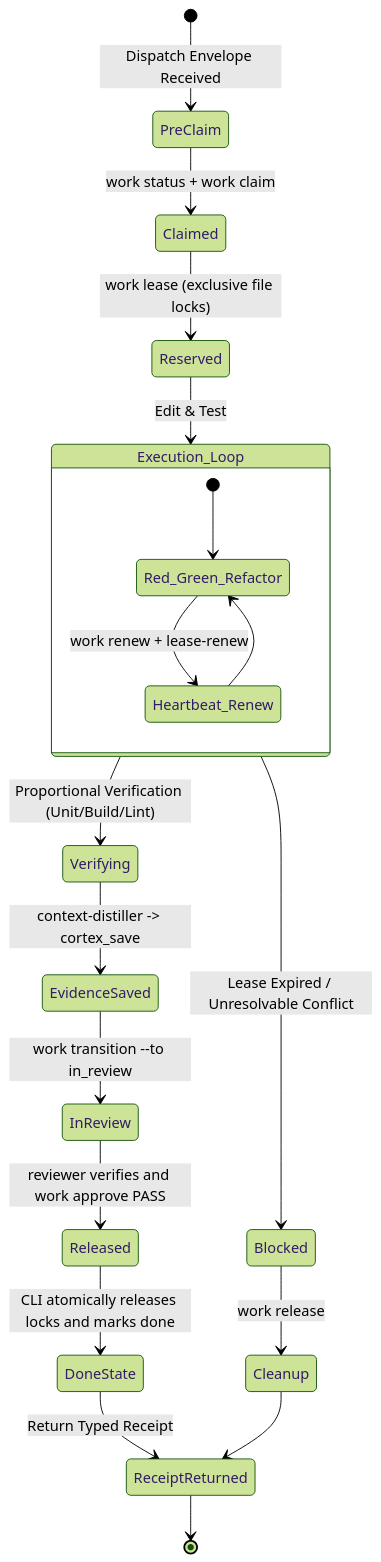
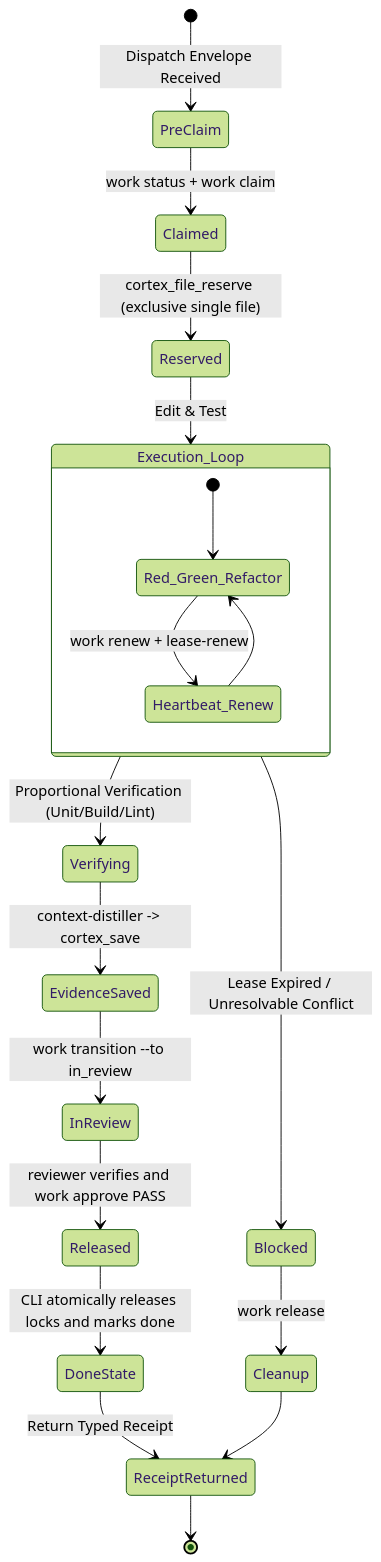
The third of 4 diagrams in internal/assets/AGENTS.md (lleontor705/cortex-ia), drawn with Mermaid (forest theme) before and after one commit. The commit also changed other lines of this file and 73 other files, not shown here.

````diff
--- a/internal/assets/AGENTS.md
+++ b/internal/assets/AGENTS.md
@@ -199,25 +219,25 @@
 ```mermaid
 stateDiagram-v2
     [*] --> PreClaim: Dispatch Envelope Received
     PreClaim --> Claimed: work status + work claim
-    Claimed --> Reserved: work lease (exclusive file locks)
+    Claimed --> Reserved: cortex_file_reserve (exclusive single file)
     
     state Execution_Loop {
         [*] --> Red_Green_Refactor
         Red_Green_Refactor --> Heartbeat_Renew: work renew + lease-renew
         Heartbeat_Renew --> Red_Green_Refactor
     }
     
     Reserved --> Execution_Loop: Edit & Test
     Execution_Loop --> Verifying: Proportional Verification (Unit/Build/Lint)
     Verifying --> EvidenceSaved: context-distiller -> cortex_save
     EvidenceSaved --> InReview: work transition --to in_review
     InReview --> Released: reviewer verifies and work approve PASS
     Released --> DoneState: CLI atomically releases locks and marks done
     DoneState --> ReceiptReturned: Return Typed Receipt
     ReceiptReturned --> [*]
 
     Execution_Loop --> Blocked: Lease Expired / Unresolvable Conflict
     Blocked --> Cleanup: work release
     Cleanup --> ReceiptReturned
 ```
````
